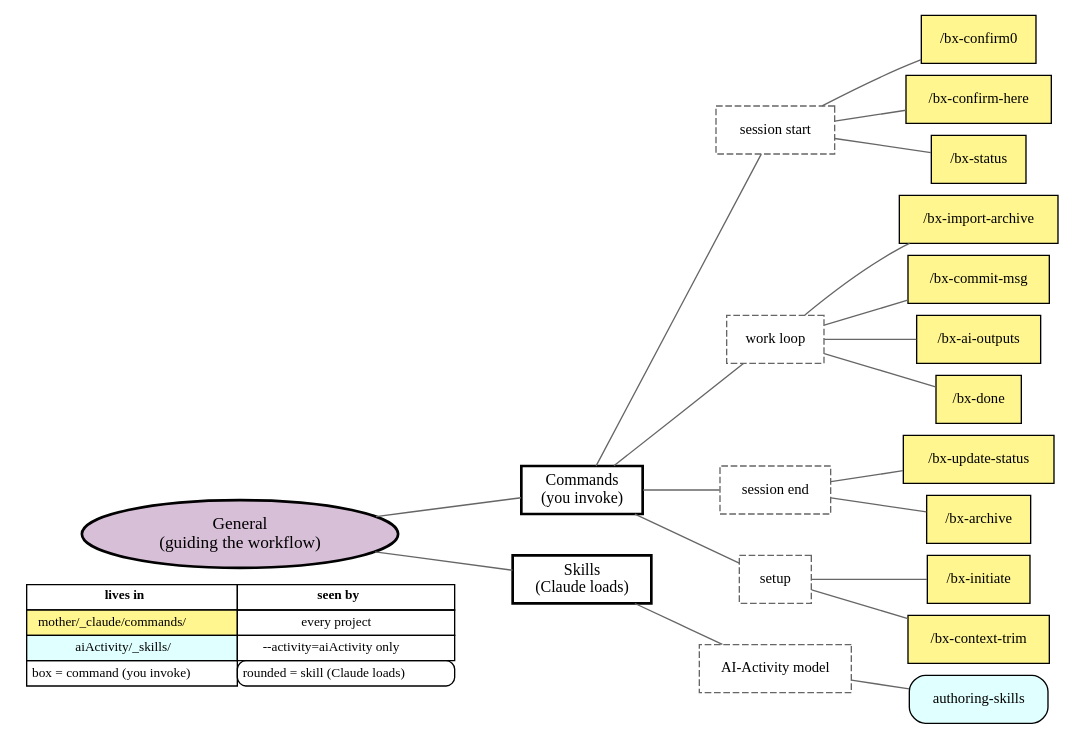
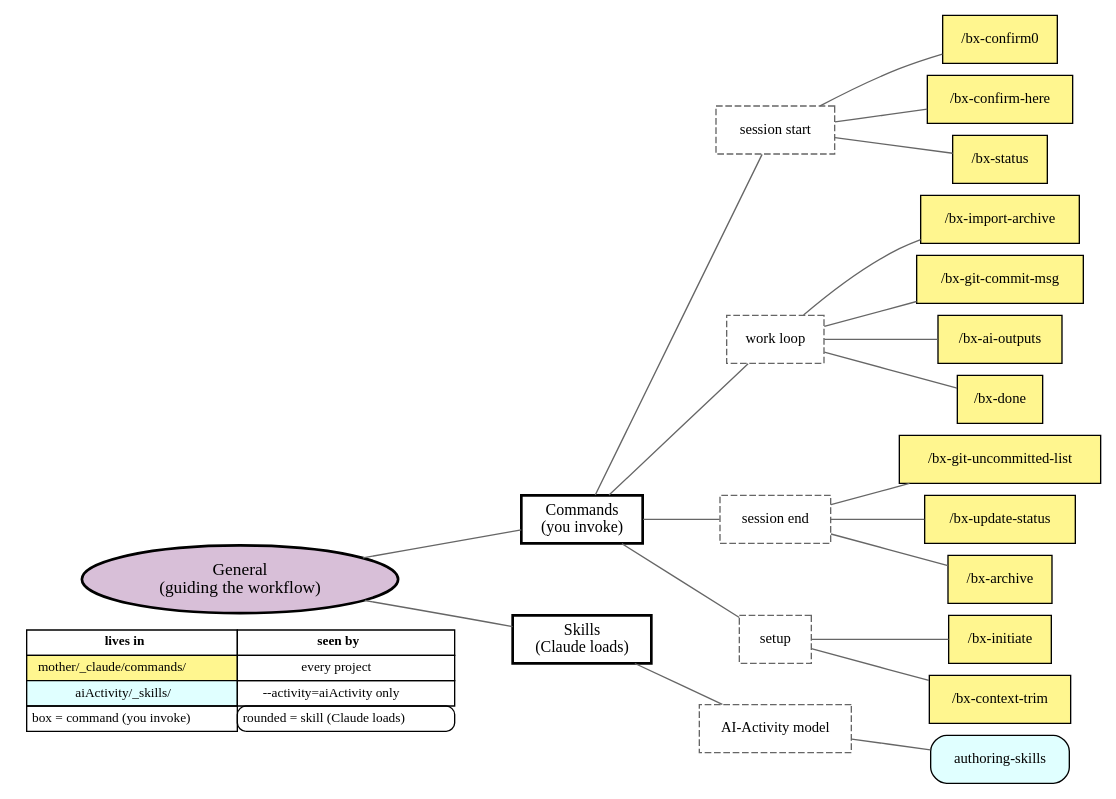
Before and after one commit to bisos/defaults: the diagram in ai-templates/_nonTemplate_/images/aiGeneralTree.gv, drawn with Graphviz. The commit also changed 12 other files, not shown here.

First line of the commit message:
Workflow figures re-rendered to show /bx-git-commit-msg and /bx-git-uncommitted-list, and a push script beside them is the reminder that bisos.aiActivity's README copies must follow each re-render.

```diff
--- a/ai-templates/_nonTemplate_/images/aiGeneralTree.gv
+++ b/ai-templates/_nonTemplate_/images/aiGeneralTree.gv
@@ -1,52 +1,54 @@
 digraph {
 	nodesep=0.12 rankdir=LR ranksep=0.5
 	node [fontsize=11]
 	root [label="General
 (guiding the workflow)" fillcolor=thistle fontsize=13 shape=ellipse style="filled,bold"]
 	commands [label="Commands
 (you invoke)" fontsize=12 shape=box style=bold]
 	skills [label="Skills
 (Claude loads)" fontsize=12 shape=box style=bold]
 	root -> commands [arrowhead=none color=gray40]
 	root -> skills [arrowhead=none color=gray40]
 	cmdStart [label="session start" color=gray40 fontsize=11 shape=box style=dashed]
 	commands -> cmdStart [arrowhead=none color=gray40]
 	"/bx-confirm0" [label="/bx-confirm0" fillcolor=khaki1 shape=box style=filled]
 	cmdStart -> "/bx-confirm0" [arrowhead=none color=gray40]
 	"/bx-confirm-here" [label="/bx-confirm-here" fillcolor=khaki1 shape=box style=filled]
 	cmdStart -> "/bx-confirm-here" [arrowhead=none color=gray40]
 	"/bx-status" [label="/bx-status" fillcolor=khaki1 shape=box style=filled]
 	cmdStart -> "/bx-status" [arrowhead=none color=gray40]
 	cmdLoop [label="work loop" color=gray40 fontsize=11 shape=box style=dashed]
 	commands -> cmdLoop [arrowhead=none color=gray40]
 	"/bx-import-archive" [label="/bx-import-archive" fillcolor=khaki1 shape=box style=filled]
 	cmdLoop -> "/bx-import-archive" [arrowhead=none color=gray40]
-	"/bx-commit-msg" [label="/bx-commit-msg" fillcolor=khaki1 shape=box style=filled]
-	cmdLoop -> "/bx-commit-msg" [arrowhead=none color=gray40]
+	"/bx-git-commit-msg" [label="/bx-git-commit-msg" fillcolor=khaki1 shape=box style=filled]
+	cmdLoop -> "/bx-git-commit-msg" [arrowhead=none color=gray40]
 	"/bx-ai-outputs" [label="/bx-ai-outputs" fillcolor=khaki1 shape=box style=filled]
 	cmdLoop -> "/bx-ai-outputs" [arrowhead=none color=gray40]
 	"/bx-done" [label="/bx-done" fillcolor=khaki1 shape=box style=filled]
 	cmdLoop -> "/bx-done" [arrowhead=none color=gray40]
 	cmdEnd [label="session end" color=gray40 fontsize=11 shape=box style=dashed]
 	commands -> cmdEnd [arrowhead=none color=gray40]
+	"/bx-git-uncommitted-list" [label="/bx-git-uncommitted-list" fillcolor=khaki1 shape=box style=filled]
+	cmdEnd -> "/bx-git-uncommitted-list" [arrowhead=none color=gray40]
 	"/bx-update-status" [label="/bx-update-status" fillcolor=khaki1 shape=box style=filled]
 	cmdEnd -> "/bx-update-status" [arrowhead=none color=gray40]
 	"/bx-archive" [label="/bx-archive" fillcolor=khaki1 shape=box style=filled]
 	cmdEnd -> "/bx-archive" [arrowhead=none color=gray40]
 	cmdSetup [label=setup color=gray40 fontsize=11 shape=box style=dashed]
 	commands -> cmdSetup [arrowhead=none color=gray40]
 	"/bx-initiate" [label="/bx-initiate" fillcolor=khaki1 shape=box style=filled]
 	cmdSetup -> "/bx-initiate" [arrowhead=none color=gray40]
 	"/bx-context-trim" [label="/bx-context-trim" fillcolor=khaki1 shape=box style=filled]
 	cmdSetup -> "/bx-context-trim" [arrowhead=none color=gray40]
 	skAiActivity [label="AI-Activity model" color=gray40 fontsize=11 shape=box style=dashed]
 	skills -> skAiActivity [arrowhead=none color=gray40]
 	"authoring-skills" [label="authoring-skills" fillcolor=lightcyan shape=box style="filled,rounded"]
 	skAiActivity -> "authoring-skills" [arrowhead=none color=gray40]
 	{
 		rank=same
 		root
 		legend [label=<<TABLE BORDER="0" CELLBORDER="1" CELLSPACING="0" CELLPADDING="3"><TR><TD><B>lives in</B></TD><TD><B>seen by</B></TD></TR><TR><TD BGCOLOR="khaki1">mother/_claude/commands/</TD><TD>every project</TD></TR><TR><TD BGCOLOR="lightcyan">aiActivity/_skills/</TD><TD>--activity=aiActivity only</TD></TR><TR><TD>box = command (you invoke)</TD><TD STYLE="rounded">rounded = skill (Claude loads)</TD></TR></TABLE>> fontsize=10 shape=plaintext]
 	}
 	root -> legend [style=invis]
 }
```
